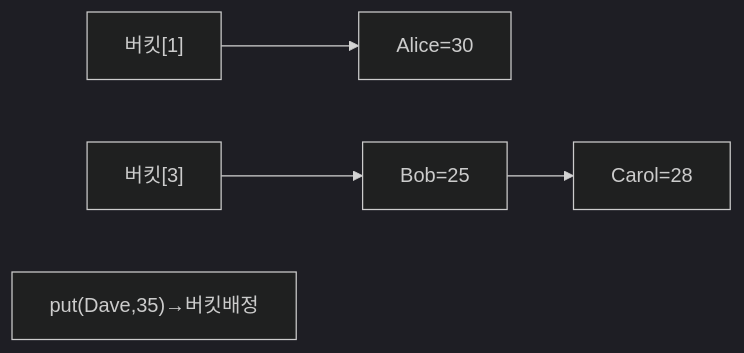
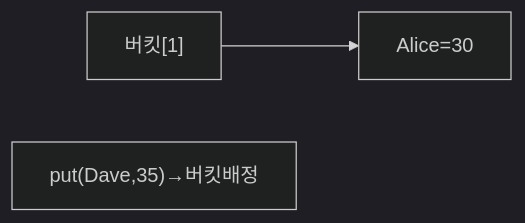
Diagram 11 of 21 in _posts/java/2026-05-01-java-collections.md (yjkim2015/yjkim2015.github.io), drawn with Mermaid (dark theme) before and after one commit. The commit also changed other lines of this file and 149 other files, not shown here.

First line of the commit message:
Mermaid 가독성 개선: 라벨 축약, 노드 축소, TD→LR 변환

````diff
--- a/_posts/java/2026-05-01-java-collections.md
+++ b/_posts/java/2026-05-01-java-collections.md
@@ -441,6 +435,5 @@
 ```mermaid
 graph LR
     B1["버킷[1]"] --> N1["Alice=30"]
-    B3["버킷[3]"] --> N3a["Bob=25"] --> N3b["Carol=28"]
     PUT["put(Dave,35)→버킷배정"]
 ```
````
